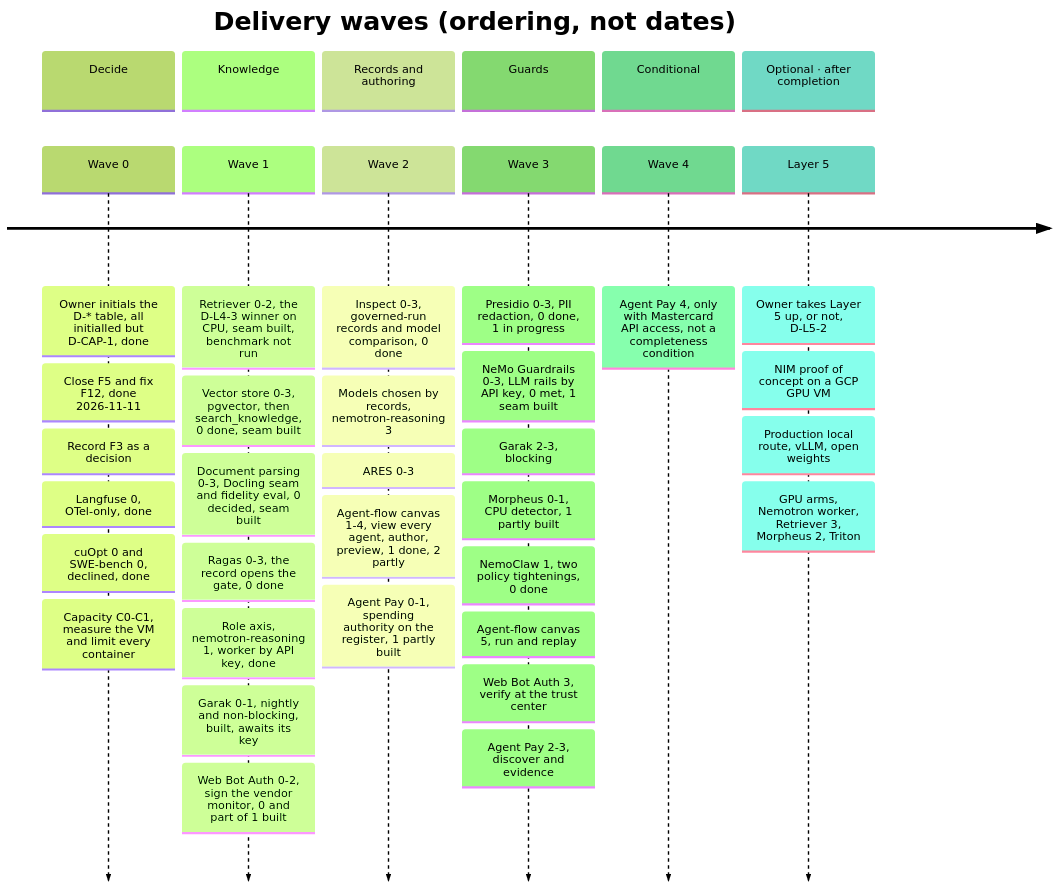
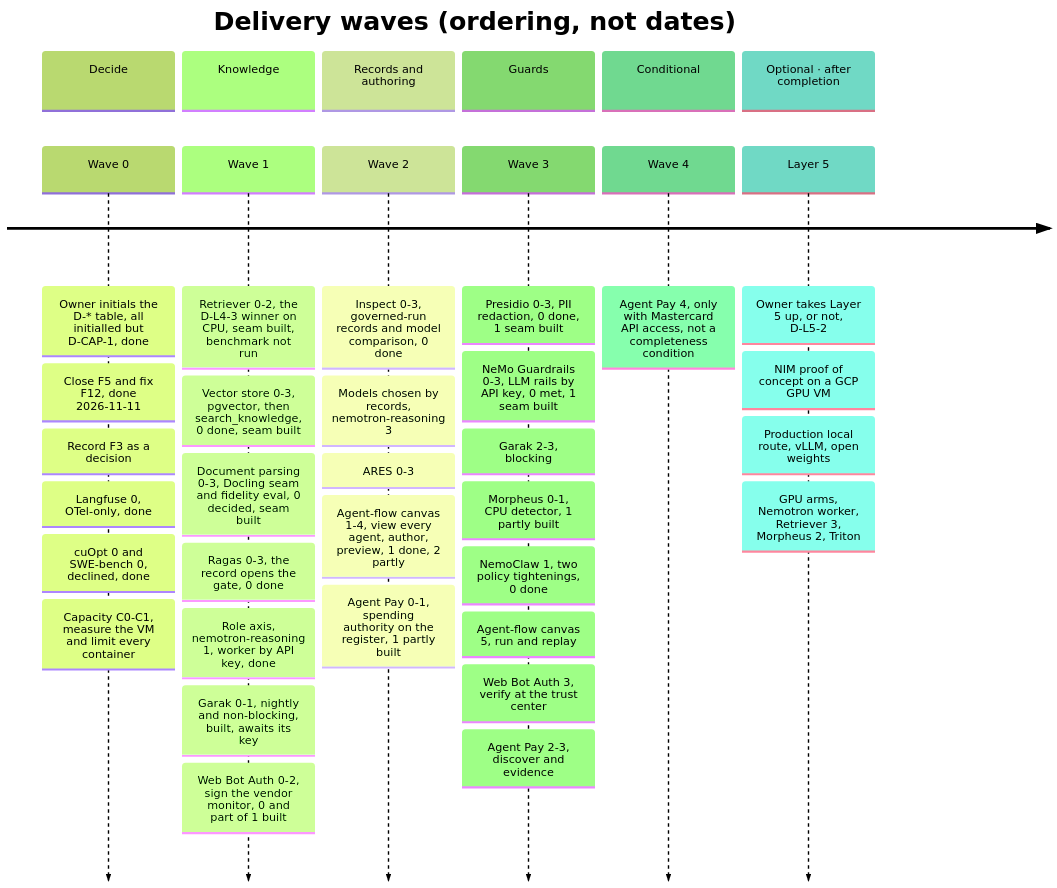
The third of 5 diagrams in docs/ai-architecture-roadmap.md (RodnaPamet/inflect-compliance), drawn with Mermaid (forest theme) before and after one commit. The commit also changed other lines of this file, not shown here.

First line of the commit message:
docs(ai-roadmap): the master names the shared in-deployment dial and the built Presidio seam

````diff
--- a/docs/ai-architecture-roadmap.md
+++ b/docs/ai-architecture-roadmap.md
@@ -808,41 +816,41 @@
 ```mermaid
 timeline
   title Delivery waves (ordering, not dates)
   section Decide
     Wave 0 : Owner initials the D-* table, all initialled but D-CAP-1, done
            : Close F5 and fix F12, done 2026-11-11
            : Record F3 as a decision
            : Langfuse 0, OTel-only, done
            : cuOpt 0 and SWE-bench 0, declined, done
            : Capacity C0-C1, measure the VM and limit every container
   section Knowledge
     Wave 1 : Retriever 0-2, the D-L4-3 winner on CPU, seam built, benchmark not run
            : Vector store 0-3, pgvector, then search_knowledge, 0 done, seam built
            : Document parsing 0-3, Docling seam and fidelity eval, 0 decided, seam built
            : Ragas 0-3, the record opens the gate, 0 done
            : Role axis, nemotron-reasoning 1, worker by API key, done
            : Garak 0-1, nightly and non-blocking, built, awaits its key
            : Web Bot Auth 0-2, sign the vendor monitor, 0 and part of 1 built
   section Records and authoring
     Wave 2 : Inspect 0-3, governed-run records and model comparison, 0 done
            : Models chosen by records, nemotron-reasoning 3
            : ARES 0-3
            : Agent-flow canvas 1-4, view every agent, author, preview, 1 done, 2 partly
            : Agent Pay 0-1, spending authority on the register, 1 partly built
   section Guards
-    Wave 3 : Presidio 0-3, PII redaction, 0 done, 1 in progress
+    Wave 3 : Presidio 0-3, PII redaction, 0 done, 1 seam built
            : NeMo Guardrails 0-3, LLM rails by API key, 0 met, 1 seam built
            : Garak 2-3, blocking
            : Morpheus 0-1, CPU detector, 1 partly built
            : NemoClaw 1, two policy tightenings, 0 done
            : Agent-flow canvas 5, run and replay
            : Web Bot Auth 3, verify at the trust center
            : Agent Pay 2-3, discover and evidence
   section Conditional
     Wave 4 : Agent Pay 4, only with Mastercard API access, not a completeness condition
   section Optional · after completion
     Layer 5 : Owner takes Layer 5 up, or not, D-L5-2
             : NIM proof of concept on a GCP GPU VM
             : Production local route, vLLM, open weights
             : GPU arms, Nemotron worker, Retriever 3, Morpheus 2, Triton
 ```
````
